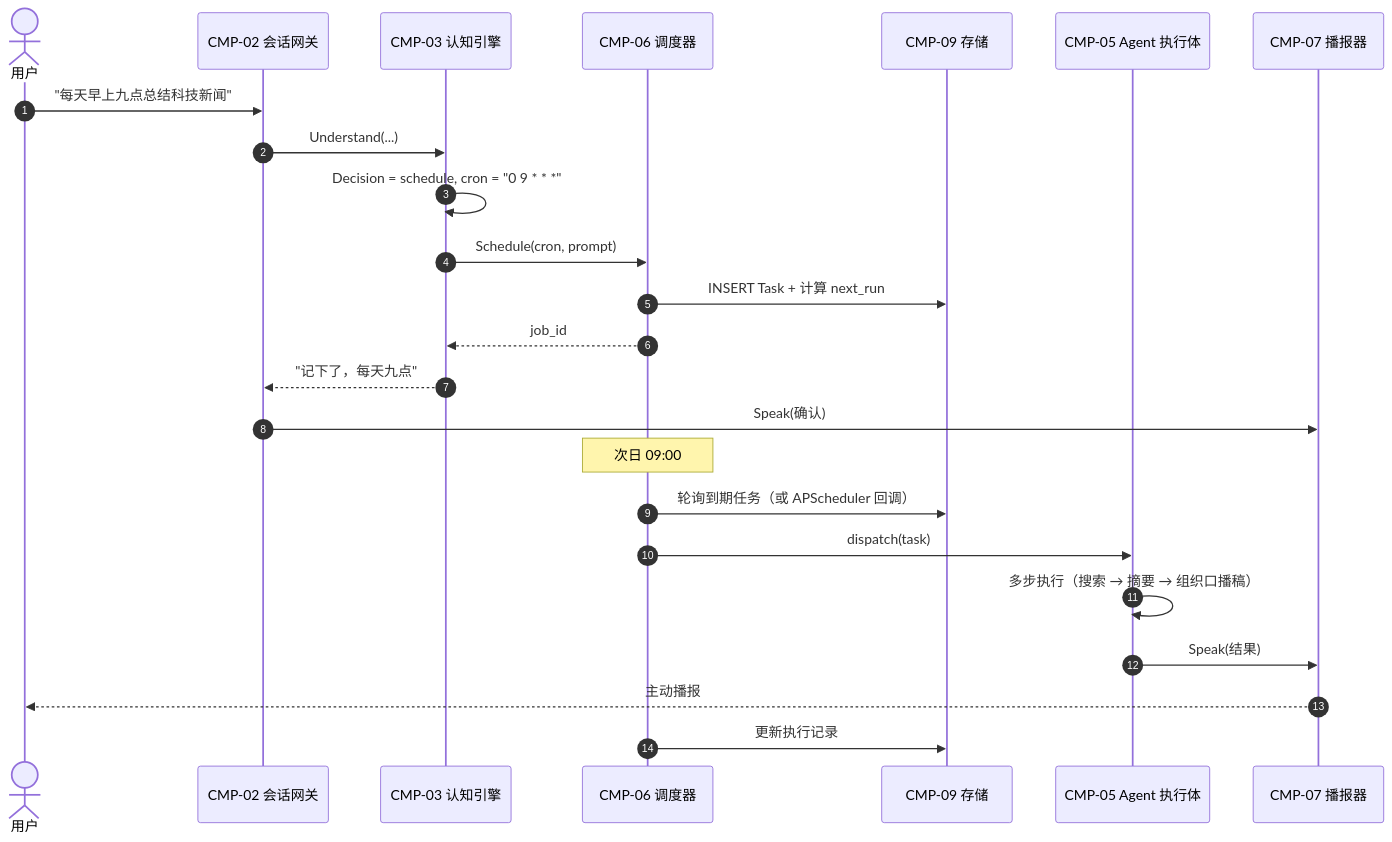
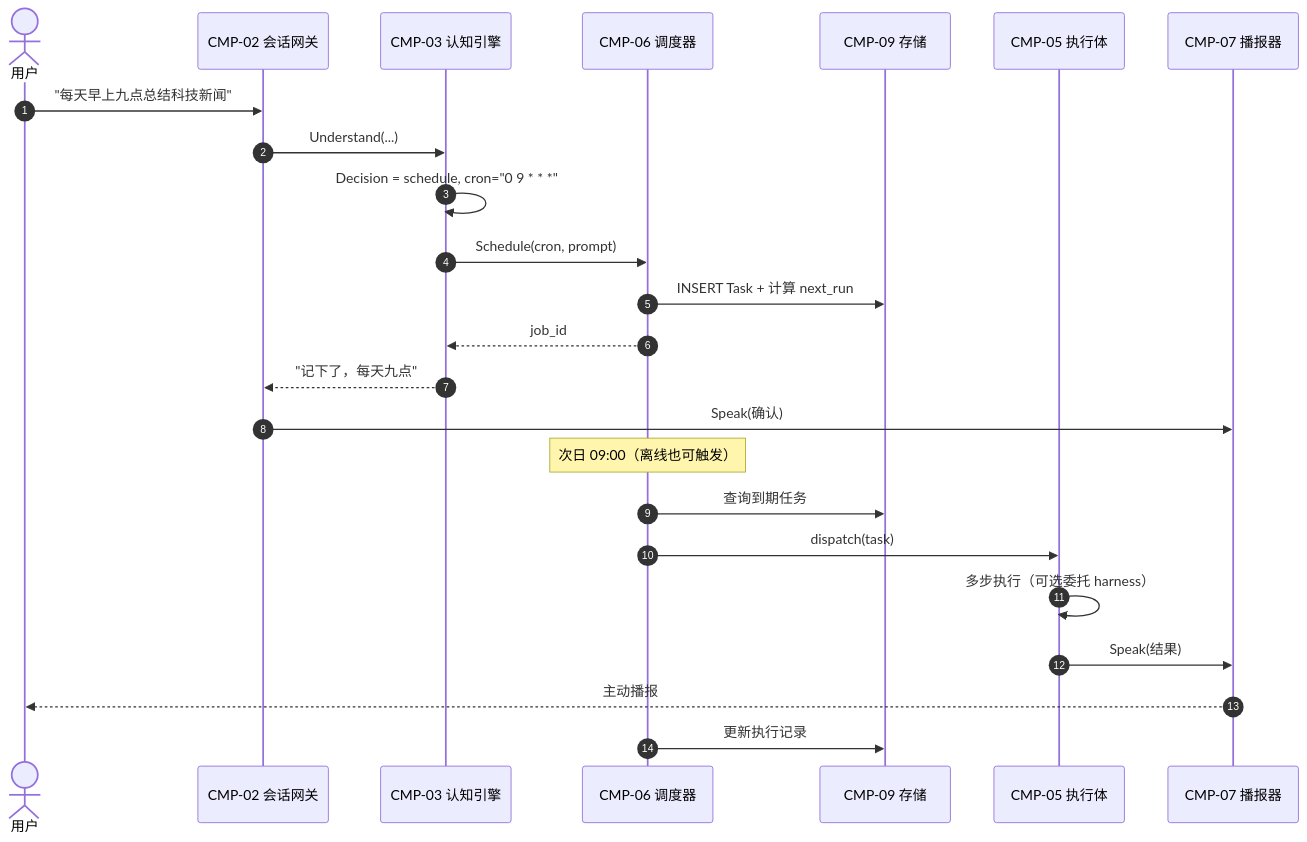
The fifth of 9 diagrams in docs/03-architecture.md (DongyueHAN/VoxDesk), drawn with Mermaid before and after one commit. The commit also changed other lines of this file, not shown here.

````diff
--- a/docs/03-architecture.md
+++ b/docs/03-architecture.md
@@ -143,29 +206,29 @@
 ```mermaid
-%% diagram: FLOW-02 定时任务 | updated: 2026-10-20
+%% diagram: FLOW-02 定时任务 | updated: 2026-10-26
 sequenceDiagram
     autonumber
     actor U as 用户
     participant GW as CMP-02 会话网关
     participant CE as CMP-03 认知引擎
     participant SC as CMP-06 调度器
     participant DB as CMP-09 存储
-    participant AR as CMP-05 Agent 执行体
+    participant AR as CMP-05 执行体
     participant TTS as CMP-07 播报器
 
     U->>GW: "每天早上九点总结科技新闻"
     GW->>CE: Understand(...)
-    CE->>CE: Decision = schedule, cron = "0 9 * * *"
+    CE->>CE: Decision = schedule, cron="0 9 * * *"
     CE->>SC: Schedule(cron, prompt)
     SC->>DB: INSERT Task + 计算 next_run
     SC-->>CE: job_id
     CE-->>GW: "记下了，每天九点"
     GW->>TTS: Speak(确认)
 
-    Note over SC: 次日 09:00
-    SC->>DB: 轮询到期任务（或 APScheduler 回调）
+    Note over SC: 次日 09:00（离线也可触发）
+    SC->>DB: 查询到期任务
     SC->>AR: dispatch(task)
-    AR->>AR: 多步执行（搜索 → 摘要 → 组织口播稿）
+    AR->>AR: 多步执行（可选委托 harness）
     AR->>TTS: Speak(结果)
     TTS-->>U: 主动播报
     SC->>DB: 更新执行记录
 ```
````
